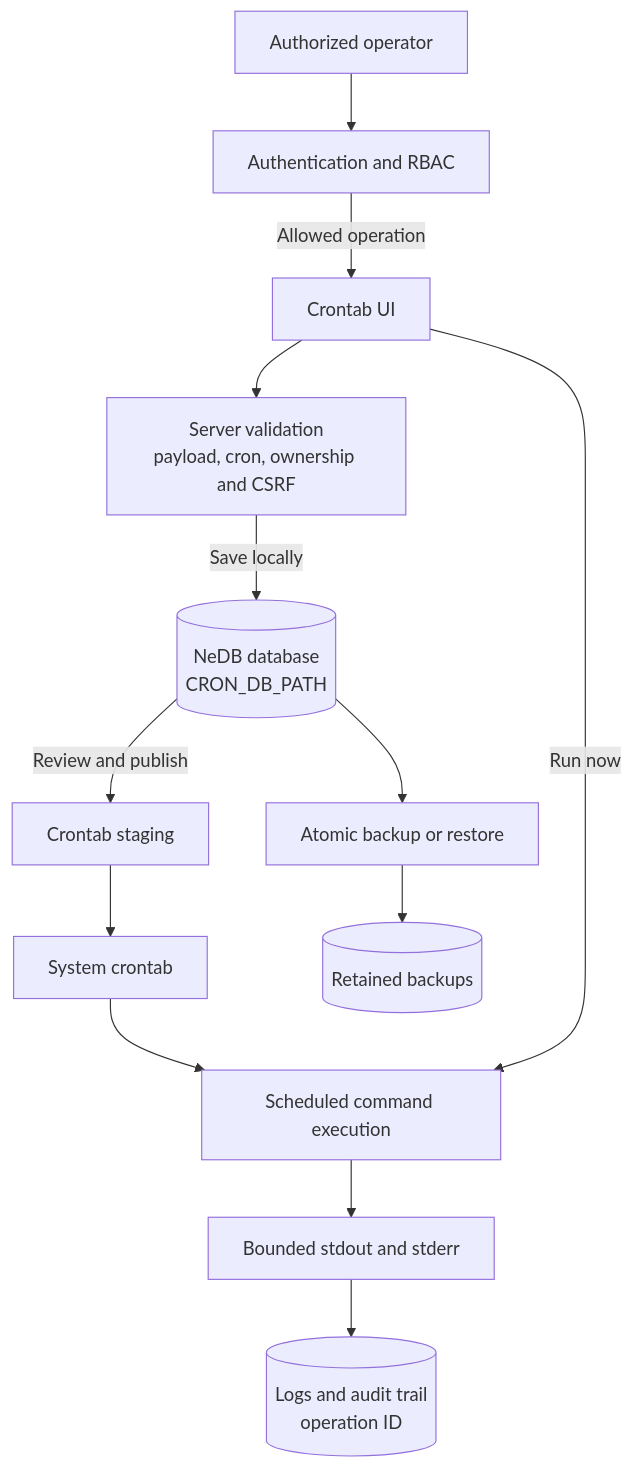
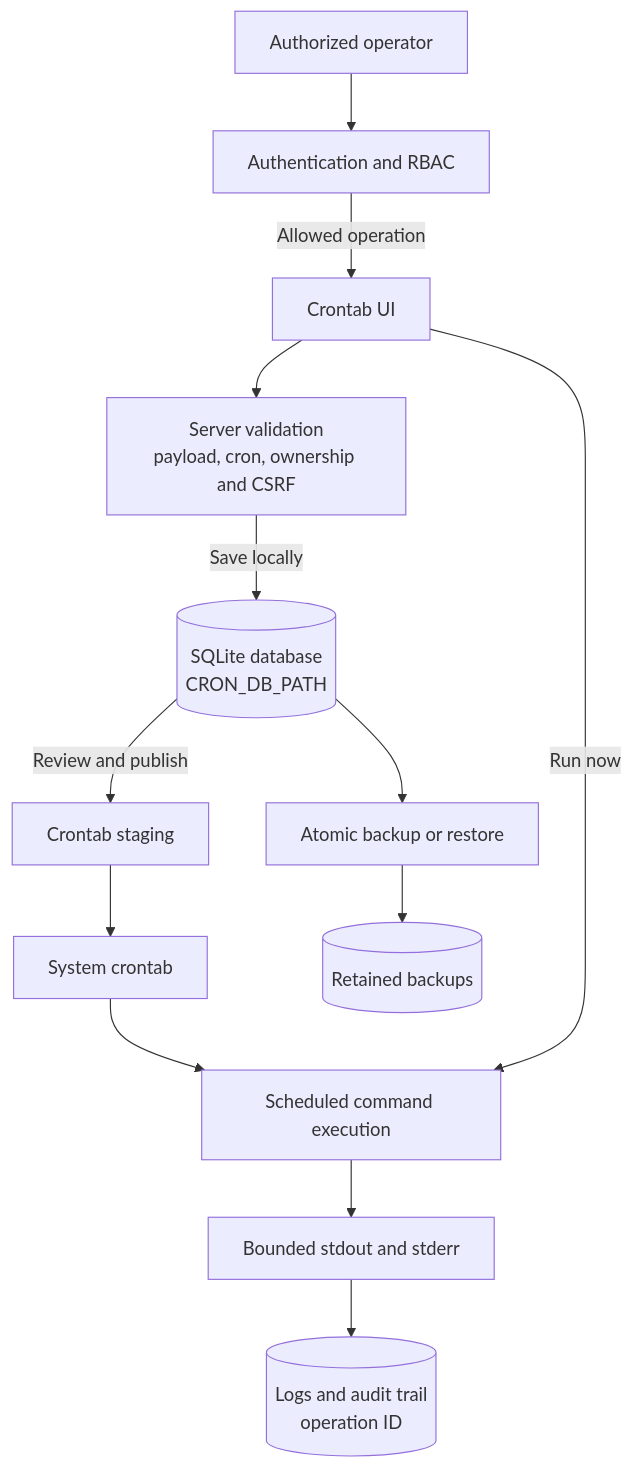
Before and after one commit to Kowts/crontab-ui: the diagram in README.md, drawn with Mermaid. The commit also changed other lines of this file and 8 other files, not shown here.

````diff
--- a/README.md
+++ b/README.md
@@ -34,15 +34,15 @@
 ```mermaid
 flowchart TD
     U[Authorized operator] --> A[Authentication and RBAC]
     A -->|Allowed operation| UI[Crontab UI]
     UI --> V[Server validation<br/>payload, cron, ownership and CSRF]
-    V -->|Save locally| DB[(NeDB database<br/>CRON_DB_PATH)]
+    V -->|Save locally| DB[(SQLite database<br/>CRON_DB_PATH)]
     DB -->|Review and publish| P[Crontab staging]
     P --> C[System crontab]
     C --> X[Scheduled command execution]
     UI -->|Run now| X
     X --> O[Bounded stdout and stderr]
     O --> L[(Logs and audit trail<br/>operation ID)]
     DB --> B[Atomic backup or restore]
     B --> R[(Retained backups)]
 ```
````
